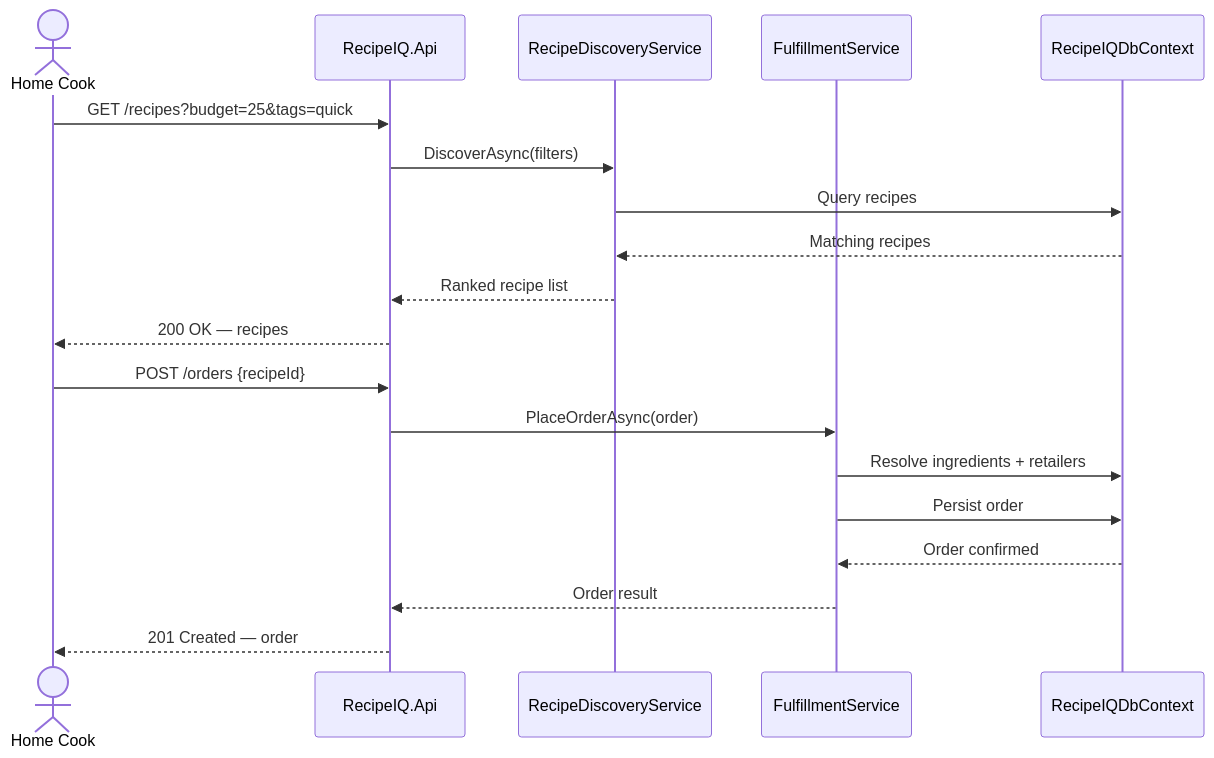
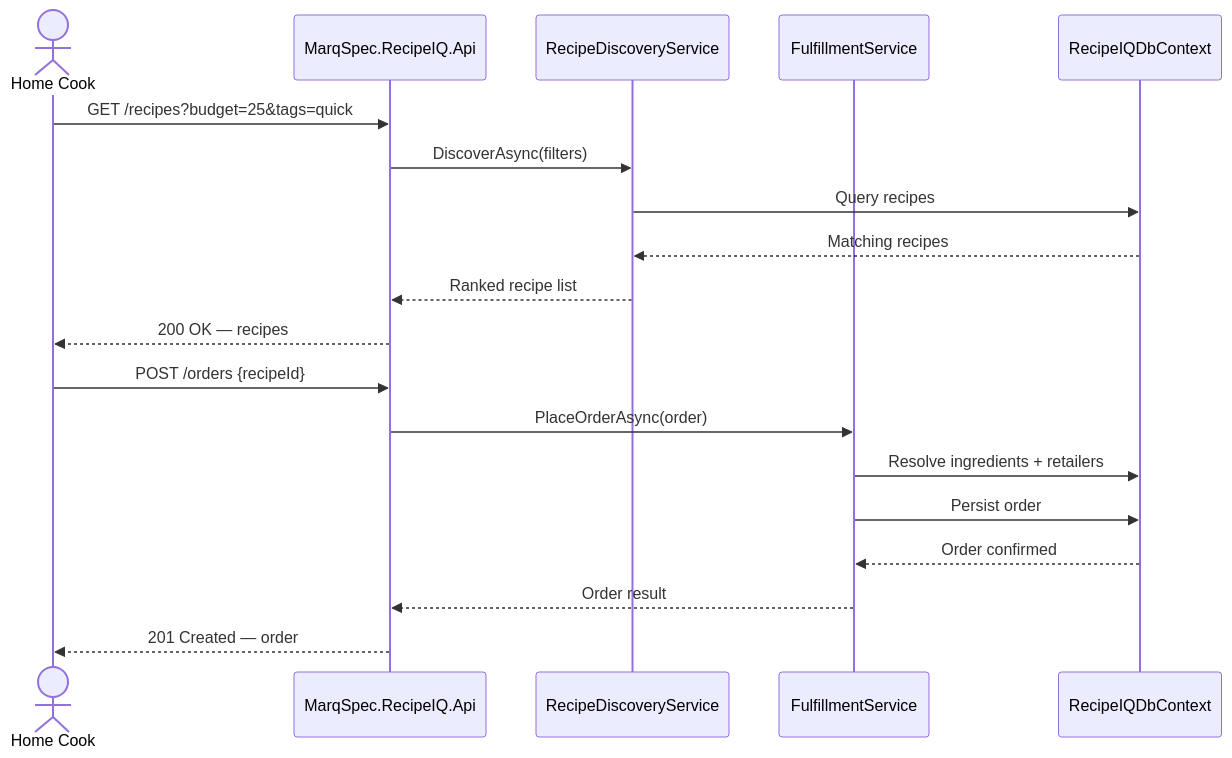
The third of 4 diagrams in .docs/architecture.md (adammarquette/RecipeIQ), drawn with Mermaid before and after one commit. The commit also changed 13 other files, not shown here.

````diff
--- a/.docs/architecture.md
+++ b/.docs/architecture.md
@@ -139,23 +139,23 @@
 ```mermaid
 sequenceDiagram
     actor Cook as Home Cook
-    participant API as RecipeIQ.Api
+    participant API as MarqSpec.RecipeIQ.Api
     participant RDS as RecipeDiscoveryService
     participant FS as FulfillmentService
     participant Store as RecipeIQDbContext
 
     Cook->>API: GET /recipes?budget=25&tags=quick
     API->>RDS: DiscoverAsync(filters)
     RDS->>Store: Query recipes
     Store-->>RDS: Matching recipes
     RDS-->>API: Ranked recipe list
     API-->>Cook: 200 OK — recipes
 
     Cook->>API: POST /orders {recipeId}
     API->>FS: PlaceOrderAsync(order)
     FS->>Store: Resolve ingredients + retailers
     FS->>Store: Persist order
     Store-->>FS: Order confirmed
     FS-->>API: Order result
     API-->>Cook: 201 Created — order
 ```
````
